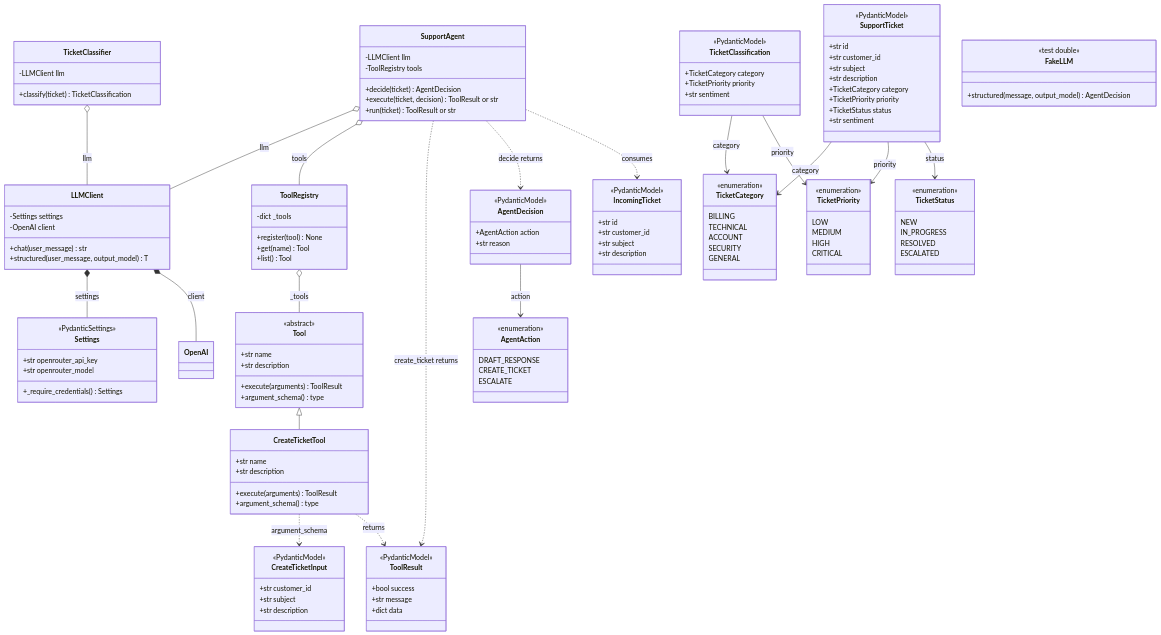
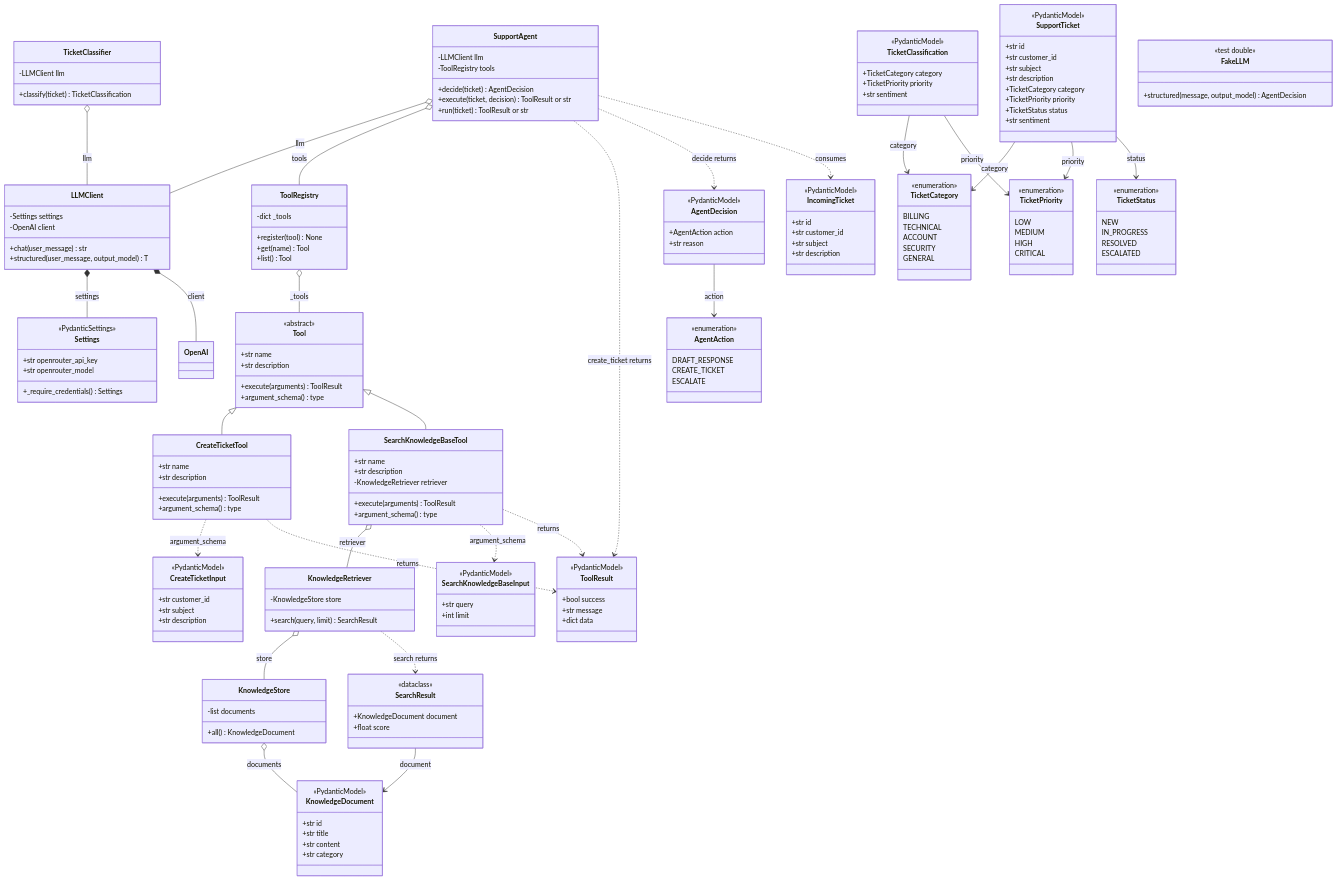
Before and after one commit to mezni/data-helpers: the first of 4 diagrams in docs/class-diagram.md, drawn with Mermaid. The commit also changed other lines of this file and 14 other files, not shown here.

```diff
--- a/docs/class-diagram.md
+++ b/docs/class-diagram.md
@@ -63,11 +63,49 @@
         +argument_schema() type
     }
 
+    class SearchKnowledgeBaseTool {
+        +str name
+        +str description
+        -KnowledgeRetriever retriever
+        +execute(arguments) ToolResult
+        +argument_schema() type
+    }
+
+    class KnowledgeRetriever {
+        -KnowledgeStore store
+        +search(query, limit) SearchResult
+    }
+
+    class KnowledgeStore {
+        -list documents
+        +all() KnowledgeDocument
+    }
+
+    class KnowledgeDocument {
+        <<PydanticModel>>
+        +str id
+        +str title
+        +str content
+        +str category
+    }
+
+    class SearchResult {
+        <<dataclass>>
+        +KnowledgeDocument document
+        +float score
+    }
+
     class CreateTicketInput {
         <<PydanticModel>>
         +str customer_id
         +str subject
         +str description
+    }
+
+    class SearchKnowledgeBaseInput {
+        <<PydanticModel>>
+        +str query
+        +int limit
     }
 
     class ToolResult {
@@ -154,8 +192,16 @@
     SupportAgent o-- ToolRegistry : tools
     ToolRegistry o-- Tool : _tools
     Tool <|-- CreateTicketTool
+    Tool <|-- SearchKnowledgeBaseTool
+    SearchKnowledgeBaseTool o-- KnowledgeRetriever : retriever
+    KnowledgeRetriever o-- KnowledgeStore : store
+    KnowledgeStore o-- KnowledgeDocument : documents
+    KnowledgeRetriever ..> SearchResult : search returns
+    SearchResult --> KnowledgeDocument : document
     CreateTicketTool ..> CreateTicketInput : argument_schema
     CreateTicketTool ..> ToolResult : returns
+    SearchKnowledgeBaseTool ..> SearchKnowledgeBaseInput : argument_schema
+    SearchKnowledgeBaseTool ..> ToolResult : returns
     SupportAgent ..> ToolResult : create_ticket returns
     SupportAgent ..> AgentDecision : decide returns
     SupportAgent ..> IncomingTicket : consumes
```
